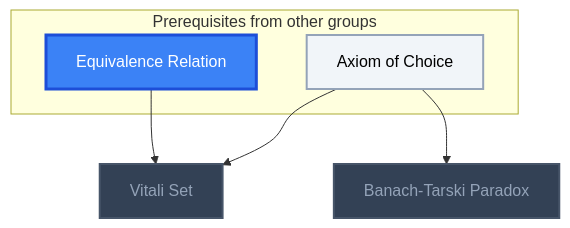
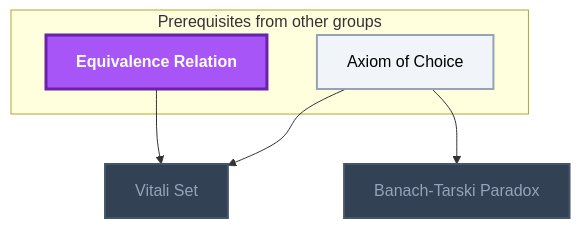
Before and after one commit to MRauf1/My-Notes: the seventh of 13 diagrams in Gamification/Skill Trees/Measure Theory.md, drawn with Mermaid. The commit also changed other lines of this file and 145 other files, not shown here.

````diff
--- a/Gamification/Skill Trees/Measure Theory.md
+++ b/Gamification/Skill Trees/Measure Theory.md
@@ -210,25 +217,25 @@
 ```mermaid
 flowchart TD
     classDef planned fill:#1E293B,stroke:#64748B,stroke-width:2px,stroke-dasharray:5 5,color:#94A3B8;
     classDef locked fill:#334155,stroke:#475569,stroke-width:2px,color:#94A3B8;
     classDef L0 fill:#F1F5F9,stroke:#94A3B8,stroke-width:2px,color:#000000;
     classDef L1 fill:#22C55E,stroke:#15803D,stroke-width:2px,color:#000000;
     classDef L2 fill:#3B82F6,stroke:#1D4ED8,stroke-width:3px,color:#FFFFFF;
     classDef L3 fill:#A855F7,stroke:#6B21A8,stroke-width:3px,color:#FFFFFF,font-weight:bold;
     classDef L4 fill:#F97316,stroke:#C2410C,stroke-width:4px,color:#000000,font-weight:bold;
     classDef L5 fill:#FFD700,stroke:#FF8C00,stroke-width:5px,color:#000000,font-weight:bold;
     classDef rusty stroke:#8B4513,stroke-width:4px,stroke-dasharray:3 3;
     subgraph sg_prereqs["Prerequisites from other groups"]
         n_axiom_of_choice["Axiom of Choice"]
         n_equivalence_relation["Equivalence Relation"]
     end
     n_vitali_set["Vitali Set"]
     n_banach_tarski_paradox["Banach-Tarski Paradox"]
     n_axiom_of_choice --> n_vitali_set
     n_equivalence_relation --> n_vitali_set
     n_axiom_of_choice --> n_banach_tarski_paradox
     class n_vitali_set,n_banach_tarski_paradox locked;
     class n_axiom_of_choice L0;
-    class n_equivalence_relation L2;
+    class n_equivalence_relation L3;
     class n_axiom_of_choice,n_equivalence_relation,n_vitali_set,n_banach_tarski_paradox internal-link;
 ```
````
